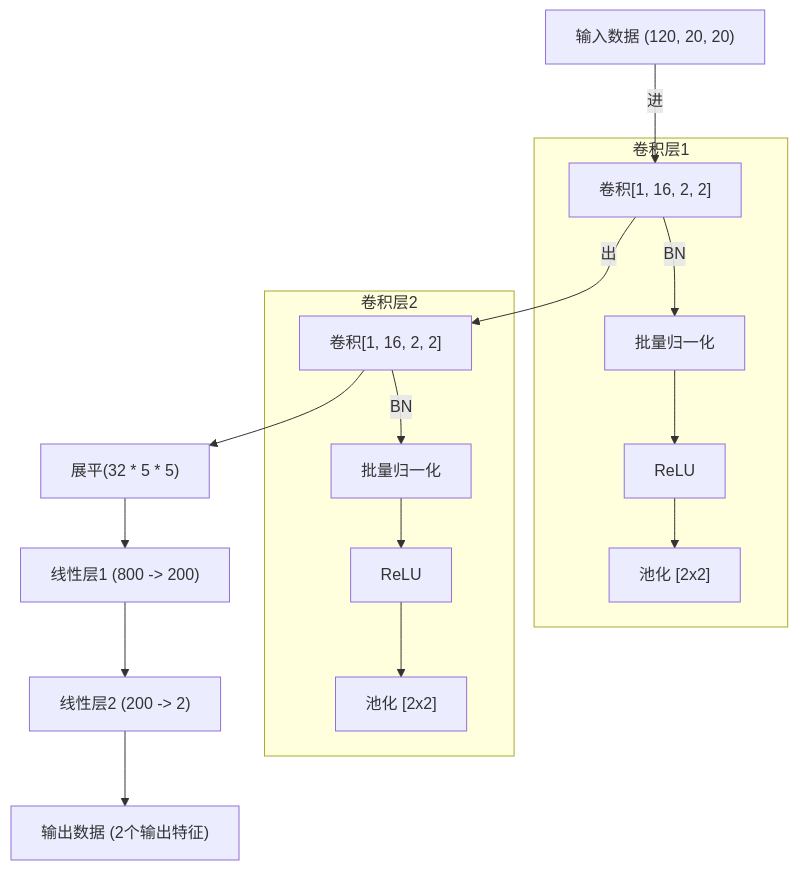
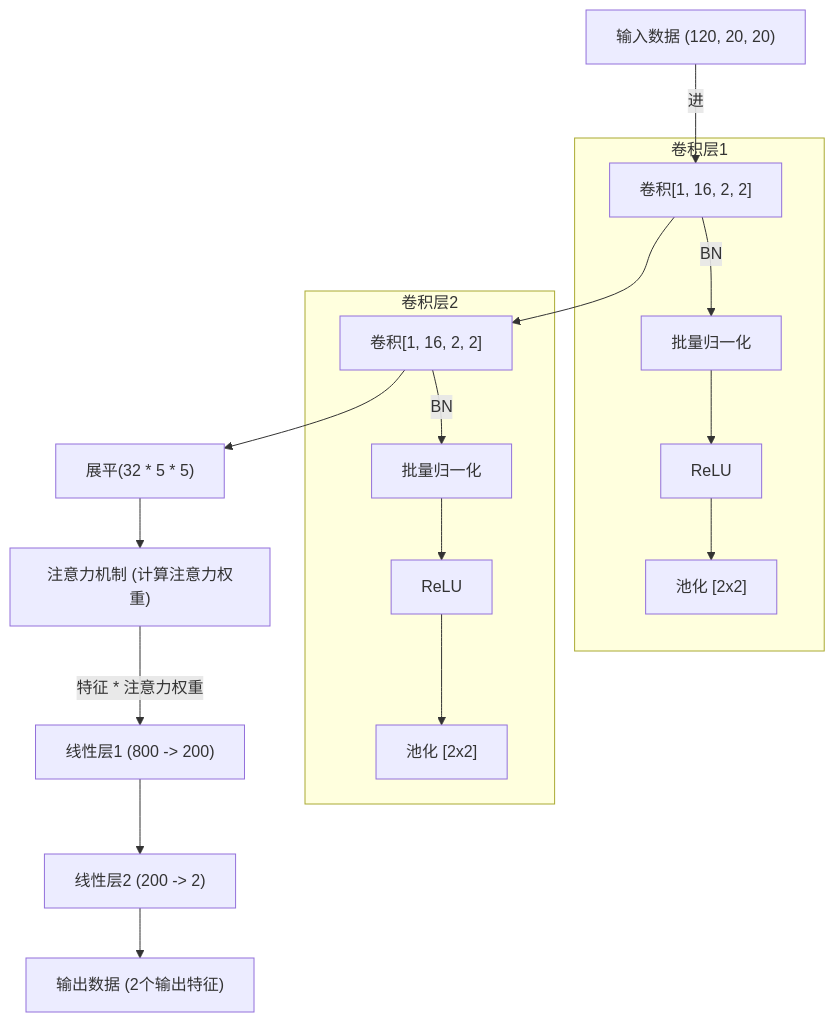
The diagram in all/注意力.md (xbduong/iodraw-files), drawn with Mermaid before and after one commit.

Commit message:
2024-05-23 22:24:29 update

````diff
--- a/all/注意力.md
+++ b/all/注意力.md
@@ -1,23 +1,25 @@
 ```mermaid
 flowchart TD
     A["输入数据 (120, 20, 20)"]
     A -->|进| B["卷积层1 [1, 16, 2, 2]"]
-    B -->|出| C{"卷积层2 [16, 32, 2, 2] -> 展平"}
+    B --> C{"卷积层2 [16, 32, 2, 2] -> 展平"}
     C -->C4["展平(32 * 5 * 5)"]
-    C4["展平(32 * 5 * 5)"] --> D["线性层1 (800 -> 200)"]
+    C4["展平(32 * 5 * 5)"] --> G["注意力机制 (计算注意力权重)"]
+    G["注意力机制 (计算注意力权重)"] -->|特征 * 注意力权重| D["线性层1 (800 -> 200)"]
     D --> E["线性层2 (200 -> 2)"]
     E --> F["输出数据 (2个输出特征)"]
 
     subgraph "卷积层1"
     B["卷积[1, 16, 2, 2]"] -->|BN| B1["批量归一化"]
     B1 --> B2["ReLU"]
     B2 --> B3["池化 [2x2]"]
     end
 
     subgraph "卷积层2"
     C["卷积[1, 16, 2, 2]"] -->|BN| C1["批量归一化"]
     C1 --> C2["ReLU"]
     C2 --> C3["池化 [2x2]"]
     end
+
   
 ```
````
